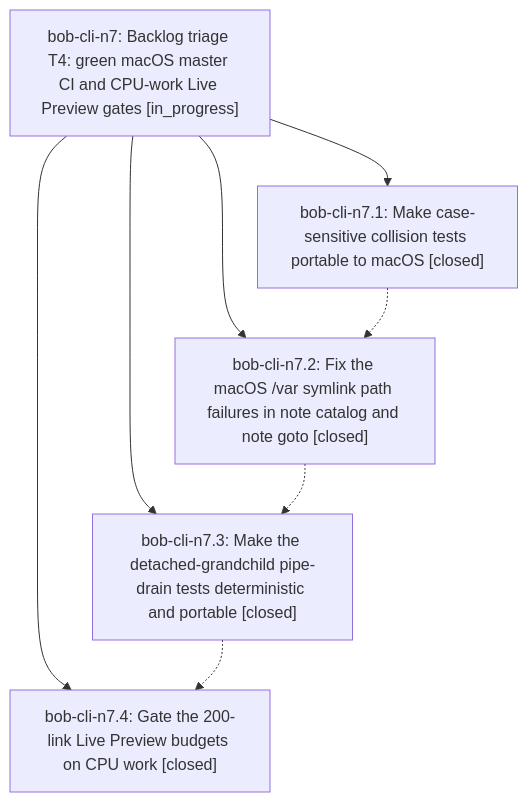
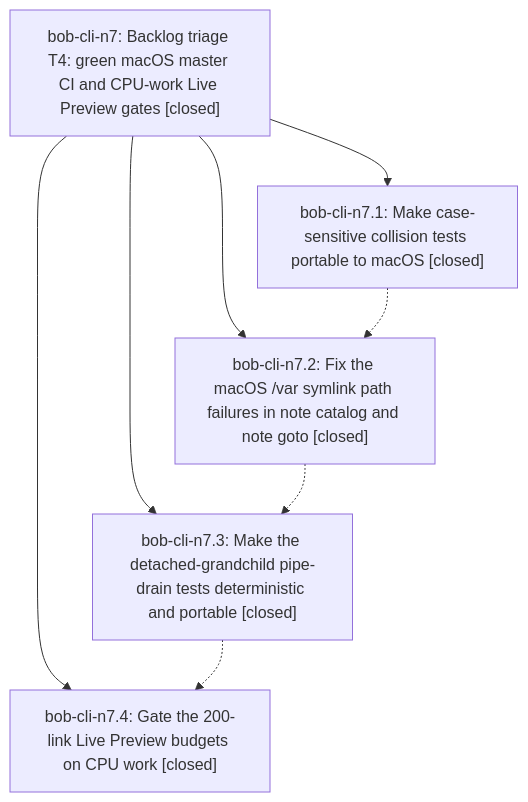
One commit to bobs-org/bob-cli--beads changed the diagram in pages/bob-cli-n7/README.md. Above: the diagram before and after it, drawn with Mermaid. The commit also changed other lines of this file and 2 other files, not shown here.

First line of the commit message:
chore(beads): sync bead state and pages for bob-cli-n7

````diff
--- a/pages/bob-cli-n7/README.md
+++ b/pages/bob-cli-n7/README.md
@@ -37,15 +45,15 @@
 ```mermaid
 flowchart TD
-    n0["bob-cli-n7: Backlog triage T4: green macOS master CI and CPU-work Live Preview gates [in_progress]"]
+    n0["bob-cli-n7: Backlog triage T4: green macOS master CI and CPU-work Live Preview gates [closed]"]
     n1["bob-cli-n7.1: Make case-sensitive collision tests portable to macOS [closed]"]
     n2["bob-cli-n7.2: Fix the macOS /var symlink path failures in note catalog and note goto [closed]"]
     n3["bob-cli-n7.3: Make the detached-grandchild pipe-drain tests deterministic and portable [closed]"]
     n4["bob-cli-n7.4: Gate the 200-link Live Preview budgets on CPU work [closed]"]
     n0 --> n1
     n0 --> n2
     n0 --> n3
     n0 --> n4
     n1 -.-> n2
     n2 -.-> n3
     n3 -.-> n4
 ```
````
